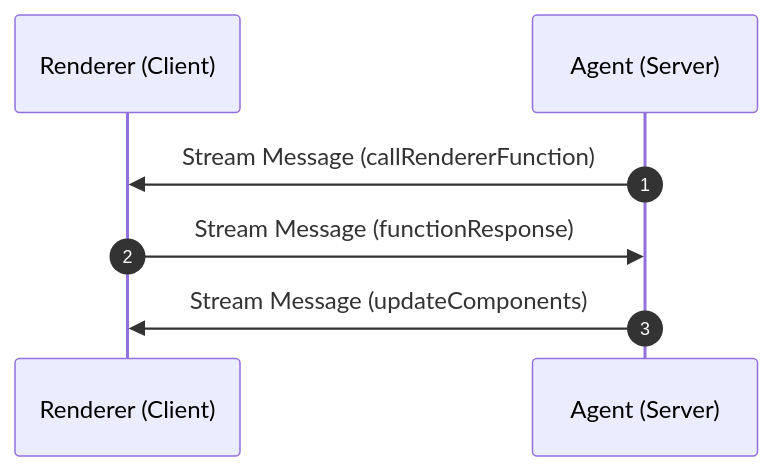
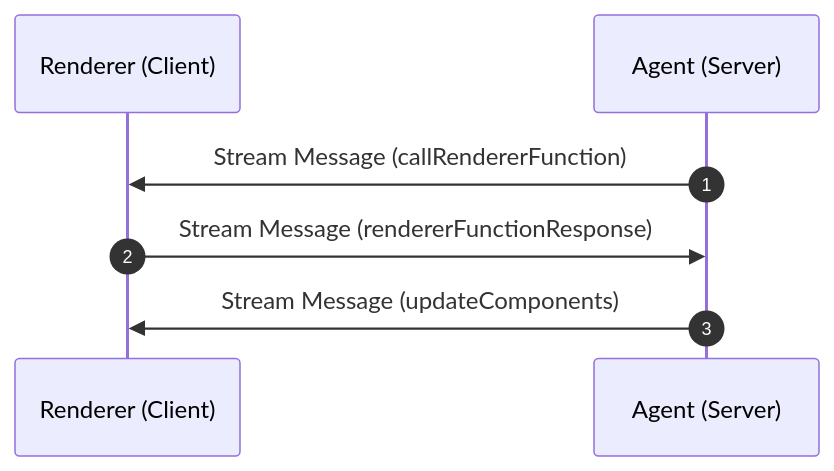
The third of 5 diagrams in specification/v1_0/docs/a2ui_protocol.md (a2ui-project/a2ui), drawn with Mermaid before and after one commit. The commit also changed other lines of this file and 12 other files, not shown here.

Commit message:
docs(spec): resolve v1.0 prose and schema inconsistencies

````diff
--- a/specification/v1_0/docs/a2ui_protocol.md
+++ b/specification/v1_0/docs/a2ui_protocol.md
@@ -441,10 +450,10 @@
 ```mermaid
 sequenceDiagram
     autonumber
     participant Client as Renderer (Client)
     participant Agent as Agent (Server)
 
     Agent->>Client: Stream Message (callRendererFunction)
-    Client->>Agent: Stream Message (functionResponse)
+    Client->>Agent: Stream Message (rendererFunctionResponse)
     Agent->>Client: Stream Message (updateComponents)
 ```
````
